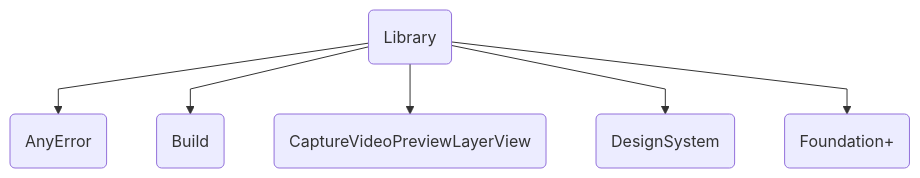
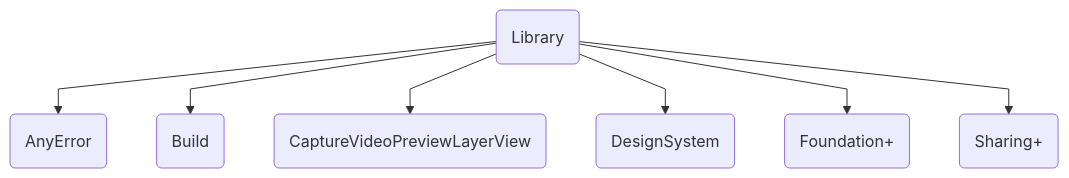
The third of 3 diagrams in README.md (kodydeda4/swift-camera-app), drawn with Mermaid before and after one commit. The commit also changed other lines of this file, not shown here.

````diff
--- a/README.md
+++ b/README.md
@@ -74,10 +75,11 @@
 ```mermaid
 %%{init: {'flowchart': {'curve': 'linear'}, 'themeVariables': {'nodeWidth': 150, 'nodeSpacing': 50, 'rankSpacing': 50}} }%%
 flowchart TD
     A(Library)
     A --> E(AnyError)
     A --> H(Build)
     A --> B(CaptureVideoPreviewLayerView)
     A --> D(DesignSystem)
     A --> F(Foundation+)
+    A --> G(Sharing+)
 ```
````
